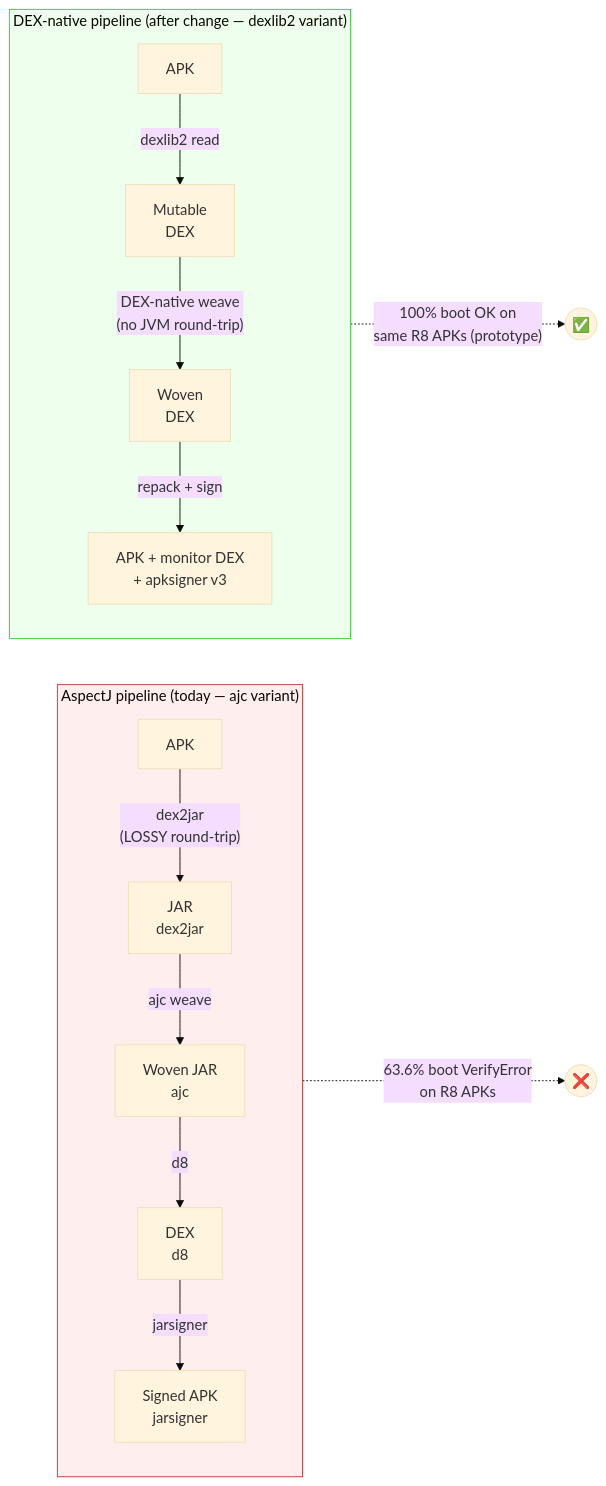
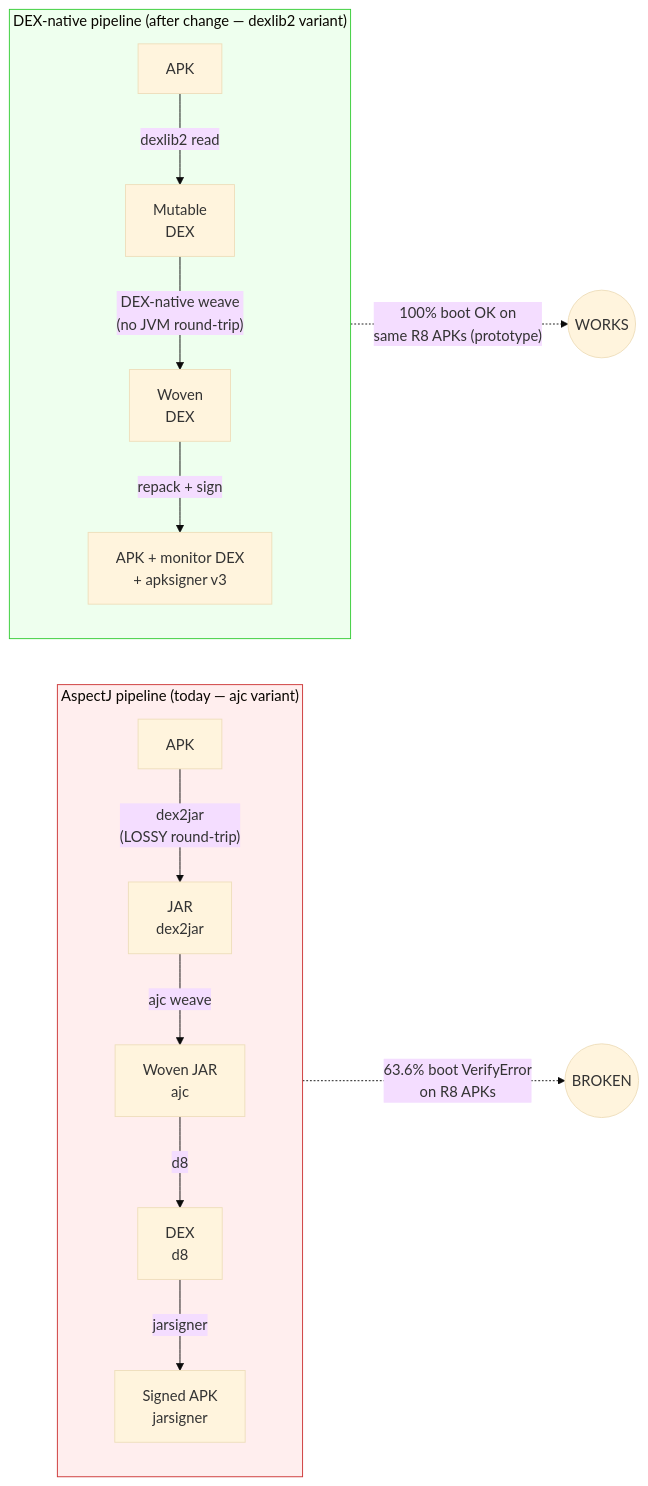
Before and after one commit to PAMunb/rvsec: the first of 2 diagrams in rv-android/openspec/changes/gh52-instr-dexlib2/proposal.md, drawn with Mermaid (base theme). The commit also changed other lines of this file and 8 other files, not shown here.

````diff
--- a/rv-android/openspec/changes/gh52-instr-dexlib2/proposal.md
+++ b/rv-android/openspec/changes/gh52-instr-dexlib2/proposal.md
@@ -9,32 +9,32 @@
 ```mermaid
 flowchart LR
     subgraph LEGACY["AspectJ pipeline (today — ajc variant)"]
         A1[APK]
         A2[JAR<br/>dex2jar]
         A3[Woven JAR<br/>ajc]
         A4[DEX<br/>d8]
         A5[Signed APK<br/>jarsigner]
         A1 -->|"dex2jar<br/>(LOSSY round-trip)"| A2
         A2 -->|ajc weave| A3
         A3 -->|d8| A4
         A4 -->|jarsigner| A5
     end
 
     subgraph NEW["DEX-native pipeline (after change — dexlib2 variant)"]
         B1[APK]
         B2[Mutable<br/>DEX]
         B3[Woven<br/>DEX]
         B4[APK + monitor DEX<br/>+ apksigner v3]
         B1 -->|dexlib2 read| B2
         B2 -->|"DEX-native weave<br/>(no JVM round-trip)"| B3
         B3 -->|repack + sign| B4
     end
 
-    LEGACY -.->|"63.6% boot VerifyError<br/>on R8 APKs"| FAIL((❌))
-    NEW -.->|"100% boot OK on<br/>same R8 APKs (prototype)"| OK((✅))
+    LEGACY -.->|"63.6% boot VerifyError<br/>on R8 APKs"| FAIL((BROKEN))
+    NEW -.->|"100% boot OK on<br/>same R8 APKs (prototype)"| OK((WORKS))
 
     classDef red fill:#fee,stroke:#c33;
     classDef green fill:#efe,stroke:#3c3;
     class LEGACY red
     class NEW green
 ```
````
